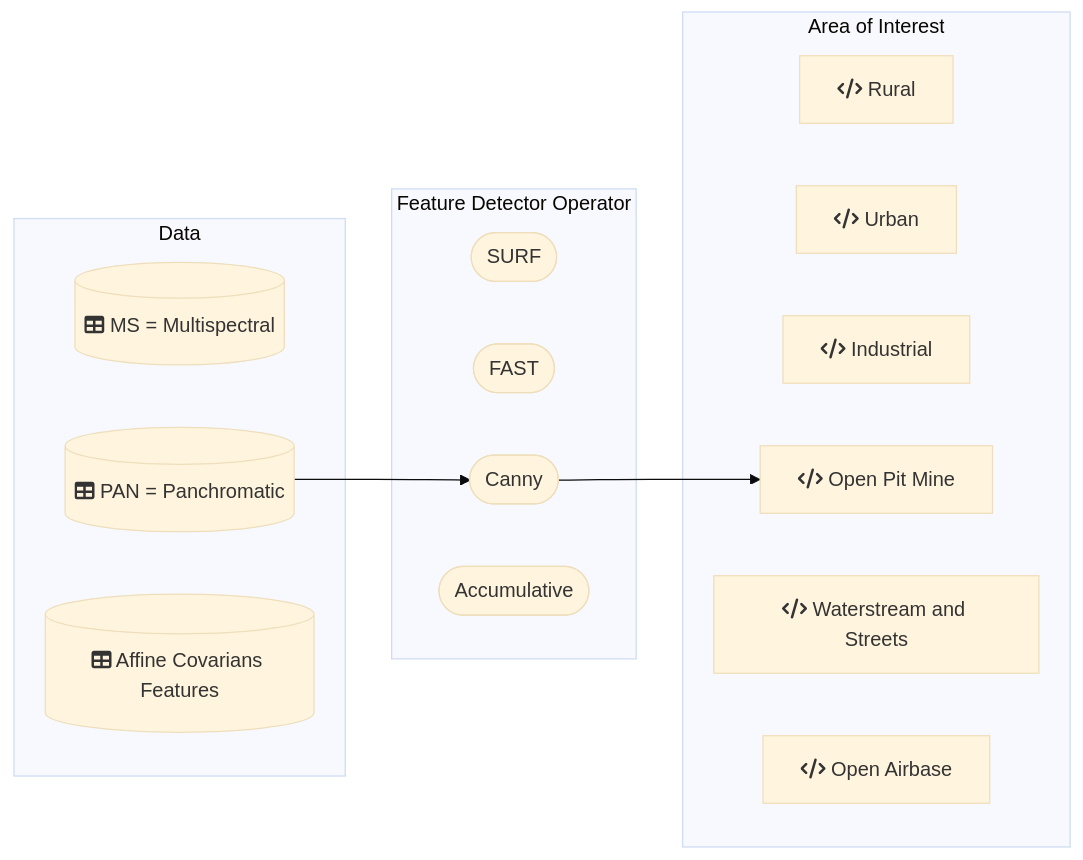
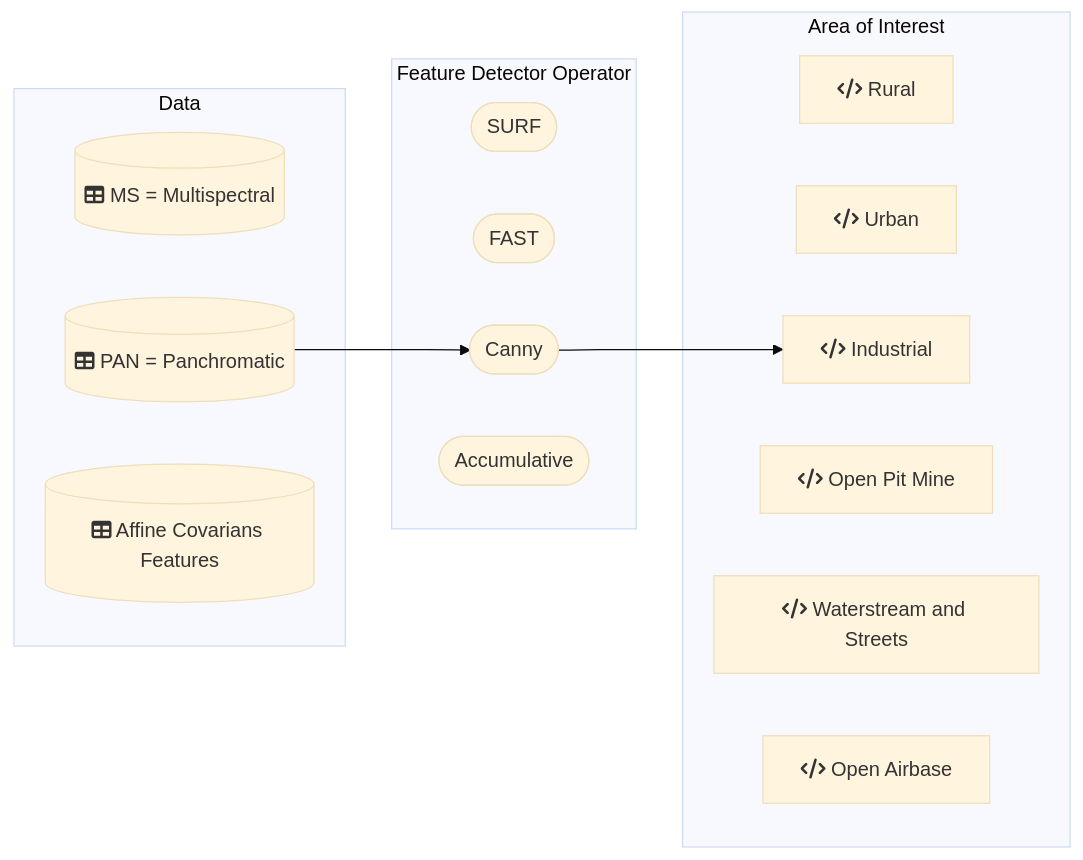
One commit to DippoldEJ/Feature-Detection-and-Explanation changed the diagram in Application/README.md. Above: the diagram before and after it, drawn with Mermaid (base theme).

````diff
--- a/Application/README.md
+++ b/Application/README.md
@@ -13,29 +13,29 @@
 ```mermaid
 flowchart LR;
 
  subgraph Data
         g[(fa:fa-table MS = Multispectral)]
         h[(fa:fa-table PAN = Panchromatic)]
         i[(fa:fa-table Affine Covarians Features)]
     end
 
  subgraph Feature Detector Operator
         j([SURF])
         k([FAST])
         l([Canny])
         m([Accumulative])
     end
 
 subgraph Area of Interest
     a[fa:fa-code Rural]
     b[fa:fa-code Urban]
     c[fa:fa-code Industrial]
     d[fa:fa-code Open Pit Mine]
     e[fa:fa-code Waterstream and Streets]
     f[fa:fa-code Open Airbase]
     end
 
 h-->l
-l-->d
+l-->c
 
 ```
````
